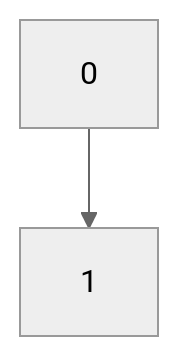
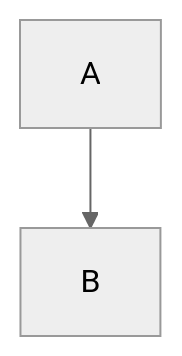
The diagram in a1800_huffman.md (mtkimmins/LTSDM_hack), drawn with Mermaid (neutral theme) before and after one commit.

````diff
--- a/a1800_huffman.md
+++ b/a1800_huffman.md
@@ -25,4 +25,4 @@
 ```mermaid
 graph TD;
-    0-->1;
+    A-->B;
 ```
````
